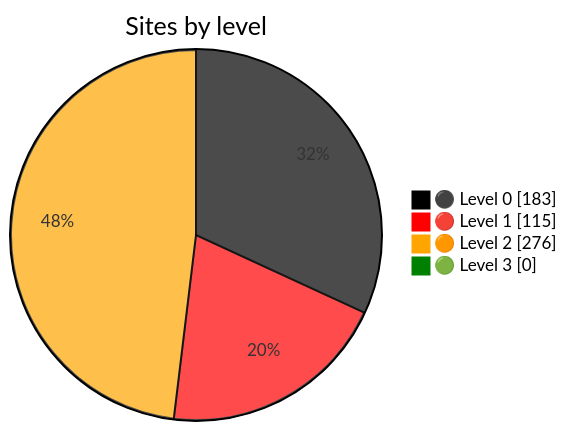
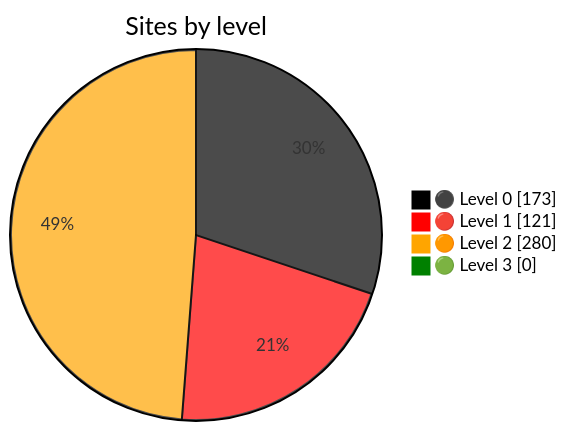
The diagram in README.md (Dushmilan/gov_lk_web_auditor), drawn with Mermaid before and after one commit. The commit also changed other lines of this file and 2598 other files, not shown here.

````diff
--- a/README.md
+++ b/README.md
@@ -24,9 +24,9 @@
 ```mermaid
 %%{init: {"themeVariables":{"pie1":"black","pie2":"red","pie3":"orange","pie4":"green"}}}%%
 pie showData
     title Sites by level
-    "⚫ Level 0" : 183
-    "🔴 Level 1" : 115
-    "🟠 Level 2" : 276
+    "⚫ Level 0" : 173
+    "🔴 Level 1" : 121
+    "🟠 Level 2" : 280
     "🟢 Level 3" : 0
 ```
````
